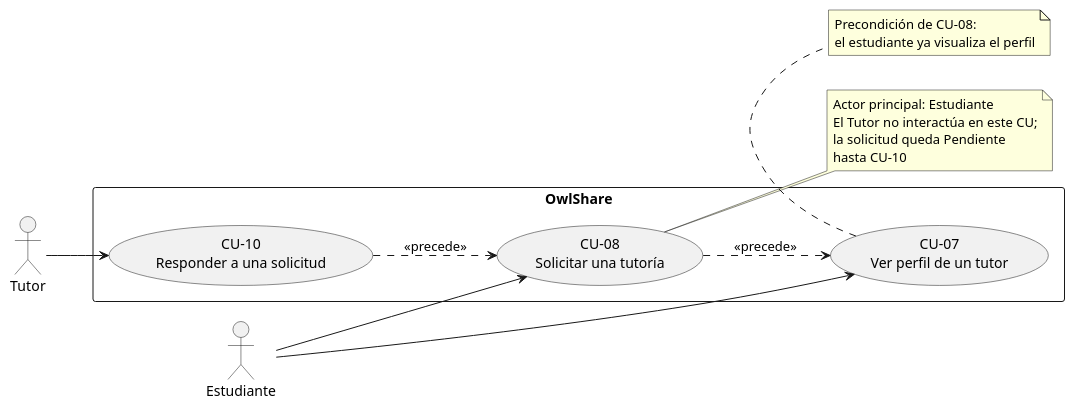
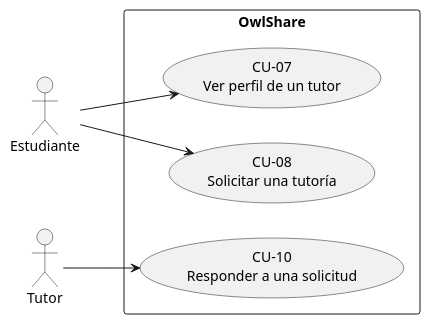
Before and after one commit to Nestor-Sarmiento/ProyectoAplicacionesWeb: the first of 2 diagrams in documentacion/CU-08-solicitar-tutoria.md, drawn with PlantUML. The commit also changed other lines of this file and 1 other file, not shown here.

````diff
--- a/documentacion/CU-08-solicitar-tutoria.md
+++ b/documentacion/CU-08-solicitar-tutoria.md
@@ -89,35 +89,20 @@
 ```plantuml
 @startuml CU-08-Solicitar-tutoria
 left to right direction
 skinparam packageStyle rectangle
 
 actor "Estudiante" as Estudiante
 actor "Tutor" as Tutor
 
 rectangle OwlShare {
   usecase "CU-07\nVer perfil de un tutor" as CU07
   usecase "CU-08\nSolicitar una tutoría" as CU08
   usecase "CU-10\nResponder a una solicitud" as CU10
 }
 
 Estudiante --> CU07
 Estudiante --> CU08
 Tutor --> CU10
 
-CU08 ..> CU07 : <<precede>>
-CU10 ..> CU08 : <<precede>>
-
-note right of CU08
-  Actor principal: Estudiante
-  El Tutor no interactúa en este CU;
-  la solicitud queda Pendiente
-  hasta CU-10
-end note
-
-note bottom of CU07
-  Precondición de CU-08:
-  el estudiante ya visualiza el perfil
-end note
-
 @enduml
 ```
````
